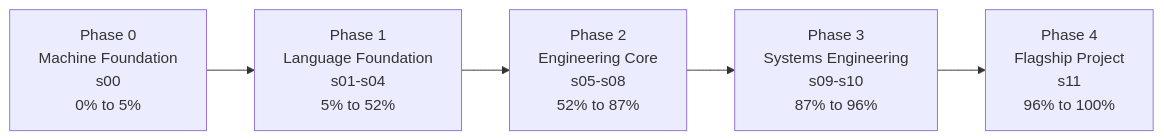
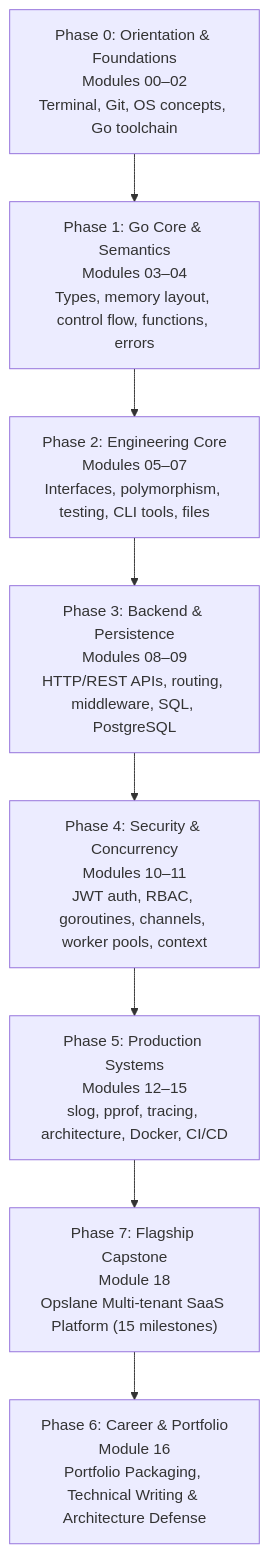
One commit to swe-labs/the-go-engineer changed the first of 2 diagrams in docs/PROGRESSION.md. Above: the diagram before and after it, drawn with Mermaid. The commit also changed other lines of this file and 1 other file, not shown here.

Commit message:
[DOCS] align progression and flagship docs with canonical v3 curriculum

````diff
--- a/docs/PROGRESSION.md
+++ b/docs/PROGRESSION.md
@@ -9,7 +9,10 @@
 ```mermaid
-flowchart LR
-    P0["Phase 0\nMachine Foundation\ns00\n0% to 5%"] --> P1["Phase 1\nLanguage Foundation\ns01-s04\n5% to 52%"]
-    P1 --> P2["Phase 2\nEngineering Core\ns05-s08\n52% to 87%"]
-    P2 --> P3["Phase 3\nSystems Engineering\ns09-s10\n87% to 96%"]
-    P3 --> P4["Phase 4\nFlagship Project\ns11\n96% to 100%"]
+flowchart TD
+    P0["Phase 0: Orientation & Foundations\nModules 00–02\nTerminal, Git, OS concepts, Go toolchain"] --> P1["Phase 1: Go Core & Semantics\nModules 03–04\nTypes, memory layout, control flow, functions, errors"]
+    P1 --> P2["Phase 2: Engineering Core\nModules 05–07\nInterfaces, polymorphism, testing, CLI tools, files"]
+    P2 --> P3["Phase 3: Backend & Persistence\nModules 08–09\nHTTP/REST APIs, routing, middleware, SQL, PostgreSQL"]
+    P3 --> P4["Phase 4: Security & Concurrency\nModules 10–11\nJWT auth, RBAC, goroutines, channels, worker pools, context"]
+    P4 --> P5["Phase 5: Production Systems\nModules 12–15\nslog, pprof, tracing, architecture, Docker, CI/CD"]
+    P5 --> P7["Phase 7: Flagship Capstone\nModule 18\nOpslane Multi-tenant SaaS Platform (15 milestones)"]
+    P7 --> P6["Phase 6: Career & Portfolio\nModule 16\nPortfolio Packaging, Technical Writing & Architecture Defense"]
 ```
````
